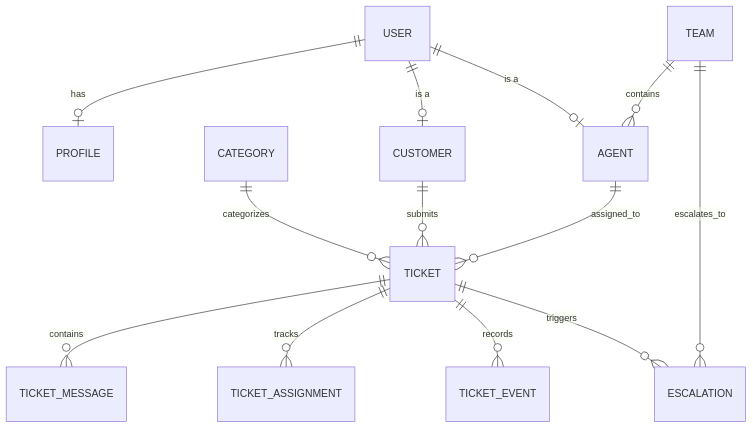
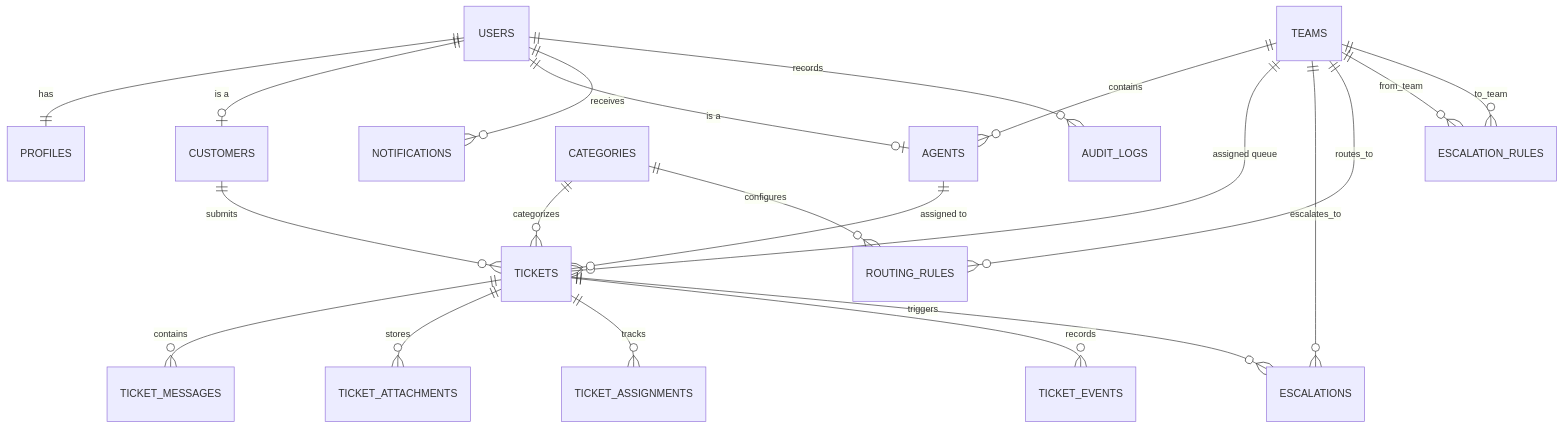
The diagram in docs/architecture.md (nagasripadala2107-git/smart-desk), drawn with Mermaid before and after one commit. The commit also changed other lines of this file and 333 other files, not shown here.

````diff
--- a/docs/architecture.md
+++ b/docs/architecture.md
@@ -73,15 +78,23 @@
 ```mermaid
 erDiagram
-    USER ||--o| PROFILE : has
-    USER ||--o| CUSTOMER : "is a"
-    USER ||--o| AGENT : "is a"
-    TEAM ||--o{ AGENT : contains
-    CATEGORY ||--o{ TICKET : categorizes
-    CUSTOMER ||--o{ TICKET : submits
-    AGENT ||--o{ TICKET : assigned_to
-    TICKET ||--o{ TICKET_MESSAGE : contains
-    TICKET ||--o{ TICKET_ASSIGNMENT : tracks
-    TICKET ||--o{ TICKET_EVENT : records
-    TICKET ||--o{ ESCALATION : triggers
-    TEAM ||--o{ ESCALATION : escalates_to
+    USERS ||--|| PROFILES : has
+    USERS ||--o| CUSTOMERS : "is a"
+    USERS ||--o| AGENTS : "is a"
+    TEAMS ||--o{ AGENTS : contains
+    TEAMS ||--o{ TICKETS : "assigned queue"
+    CATEGORIES ||--o{ TICKETS : categorizes
+    CUSTOMERS ||--o{ TICKETS : submits
+    AGENTS ||--o{ TICKETS : "assigned to"
+    TICKETS ||--o{ TICKET_MESSAGES : contains
+    TICKETS ||--o{ TICKET_ATTACHMENTS : stores
+    TICKETS ||--o{ TICKET_ASSIGNMENTS : tracks
+    TICKETS ||--o{ TICKET_EVENTS : records
+    TICKETS ||--o{ ESCALATIONS : triggers
+    TEAMS ||--o{ ESCALATIONS : escalates_to
+    CATEGORIES ||--o{ ROUTING_RULES : configures
+    TEAMS ||--o{ ROUTING_RULES : routes_to
+    TEAMS ||--o{ ESCALATION_RULES : from_team
+    TEAMS ||--o{ ESCALATION_RULES : to_team
+    USERS ||--o{ NOTIFICATIONS : receives
+    USERS ||--o{ AUDIT_LOGS : records
 ```
````
